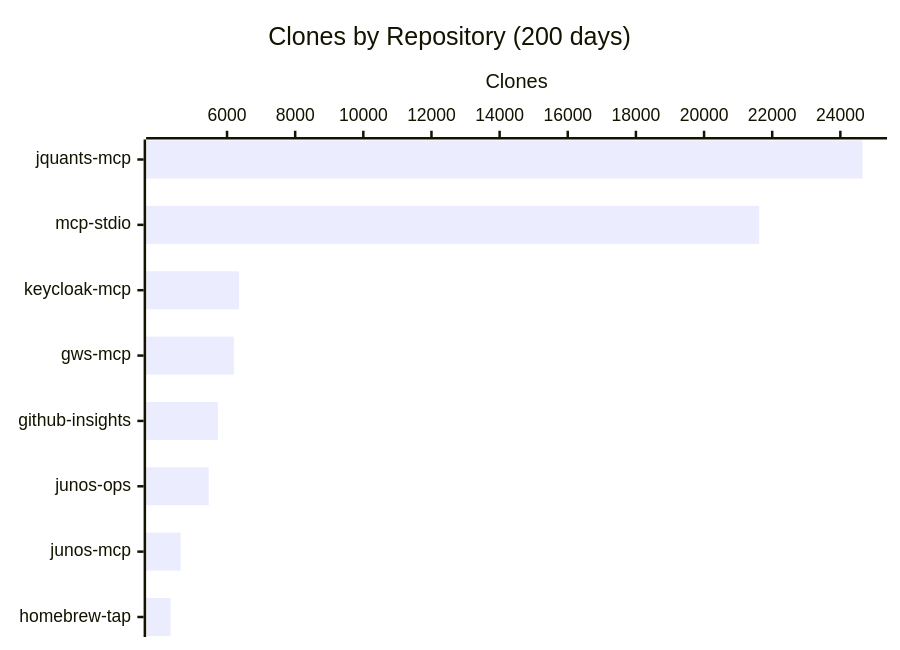
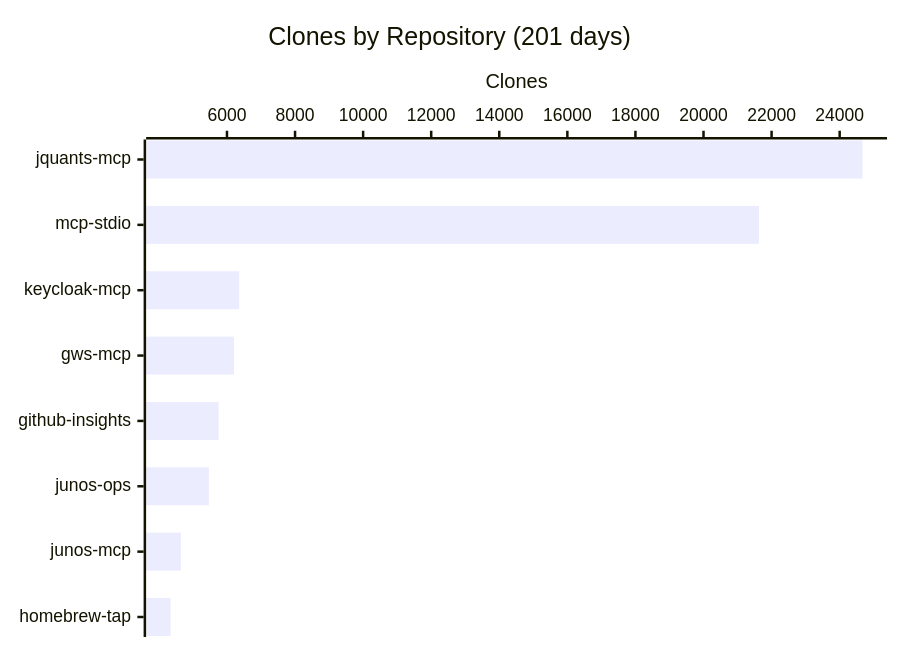
The fourth of 4 diagrams in README.md (shigechika/github-insights), drawn with Mermaid before and after one commit. The commit also changed other lines of this file and 2 other files, not shown here.

````diff
--- a/README.md
+++ b/README.md
@@ -58,7 +58,7 @@
 ```mermaid
 xychart-beta horizontal
-    title "Clones by Repository (200 days)"
+    title "Clones by Repository (201 days)"
     x-axis ["jquants-mcp", "mcp-stdio", "keycloak-mcp", "gws-mcp", "github-insights", "junos-ops", "junos-mcp", "homebrew-tap"]
     y-axis "Clones"
-    bar [24651, 21619, 6353, 6201, 5733, 5463, 4641, 4343]
+    bar [24672, 21629, 6359, 6207, 5753, 5468, 4647, 4343]
 ```
````
